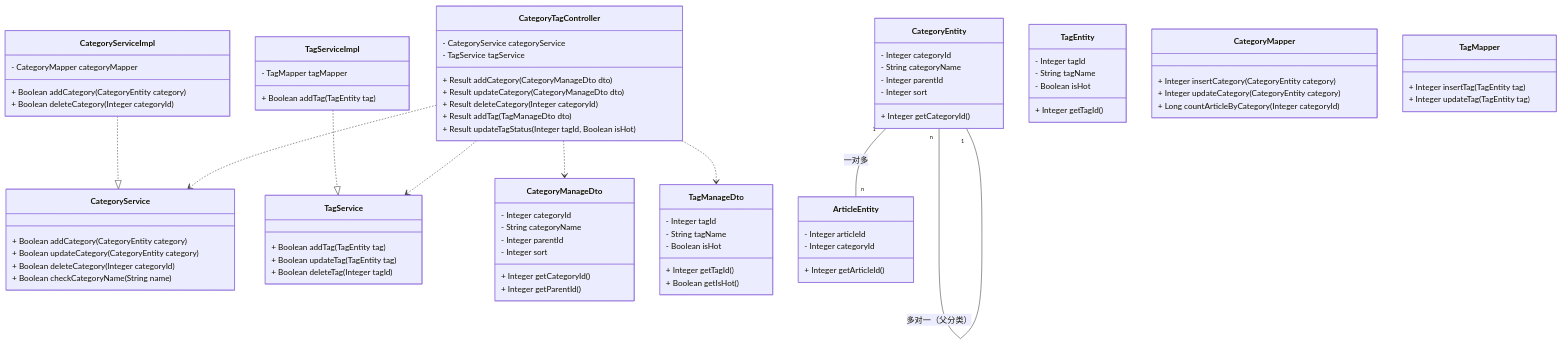
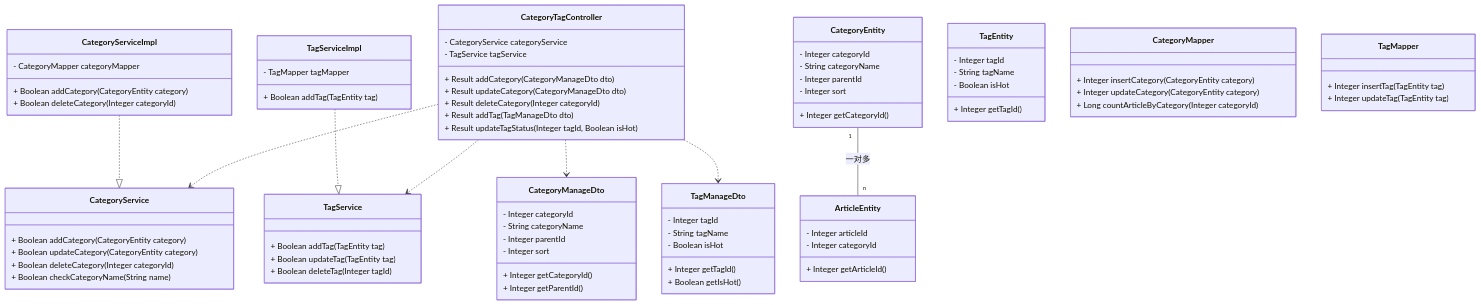
One commit to DEbalanceUX/iodraw-files changed the diagram in all/未命名-1.md. Above: the diagram before and after it, drawn with Mermaid.

Commit message:
2025-12-11 14:48:26 update

```diff
--- a/all/未命名-1.md
+++ b/all/未命名-1.md
@@ -7,7 +7,7 @@
     CategoryTagController ..> TagService 
     CategoryTagController ..> CategoryManageDto
     CategoryTagController ..> TagManageDto 
-    CategoryEntity "n" -- "1" CategoryEntity : 多对一（父分类）
+
     CategoryEntity "1" -- "n" ArticleEntity : 一对多
 
     %% 核心类定义
```
